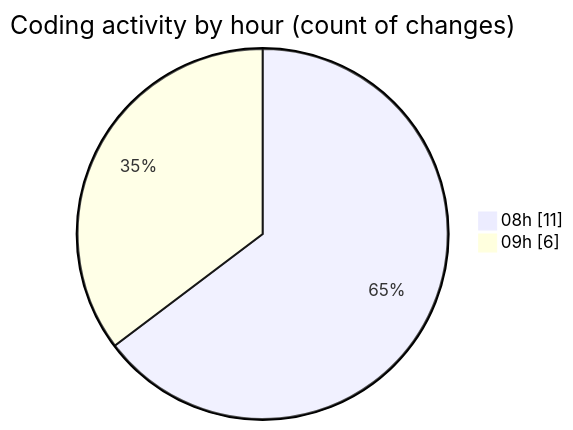
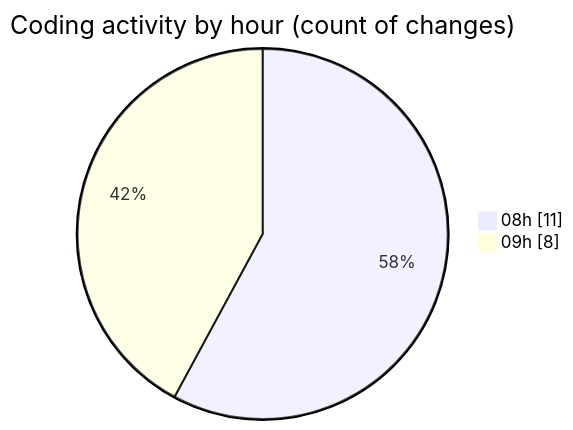
The second of 2 diagrams in 2025-11-15/untitled__workspace_/README.md (MatusMokan/code-tracking), drawn with Mermaid before and after one commit. The commit also changed other lines of this file and 1 other file, not shown here.

````diff
--- a/2025-11-15/untitled__workspace_/README.md
+++ b/2025-11-15/untitled__workspace_/README.md
@@ -29,6 +29,6 @@
 ```mermaid
 pie showData
 title Coding activity by hour (count of changes)
 "08h" : 11
-"09h" : 6
+"09h" : 8
 ```
````
